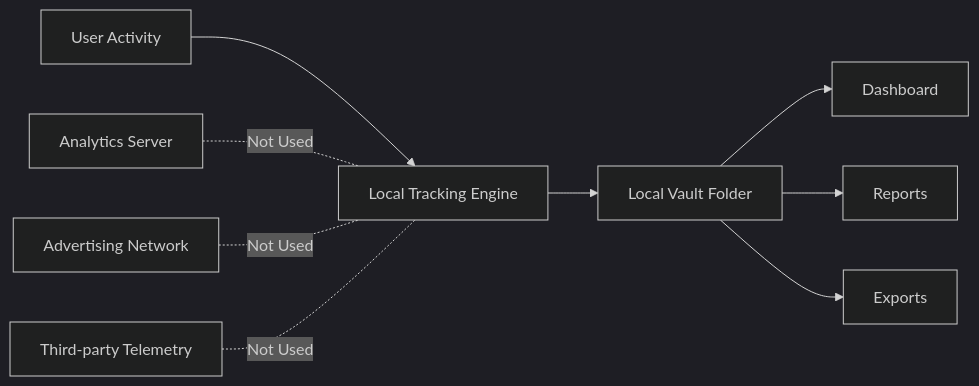
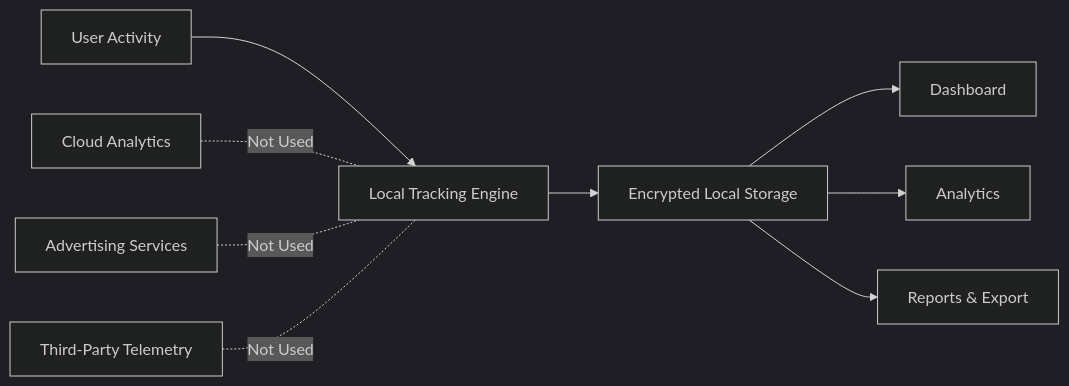
One commit to 2KRISHNAYADAV/Deskly changed the fourth of 5 diagrams in README.md. Above: the diagram before and after it, drawn with Mermaid (dark theme). The commit also changed other lines of this file, not shown here.

````diff
--- a/README.md
+++ b/README.md
@@ -724,12 +762,12 @@
 ```mermaid
 flowchart LR
     A[User Activity] --> B[Local Tracking Engine]
-    B --> C[Local Vault Folder]
+    B --> C[Encrypted Local Storage]
     C --> D[Dashboard]
-    C --> E[Reports]
-    C --> F[Exports]
+    C --> E[Analytics]
+    C --> F[Reports & Export]
 
-    G[Analytics Server] -. Not Used .- B
-    H[Advertising Network] -. Not Used .- B
-    I[Third-party Telemetry] -. Not Used .- B
+    G[Cloud Analytics] -. Not Used .- B
+    H[Advertising Services] -. Not Used .- B
+    I[Third-Party Telemetry] -. Not Used .- B
 ```
````
